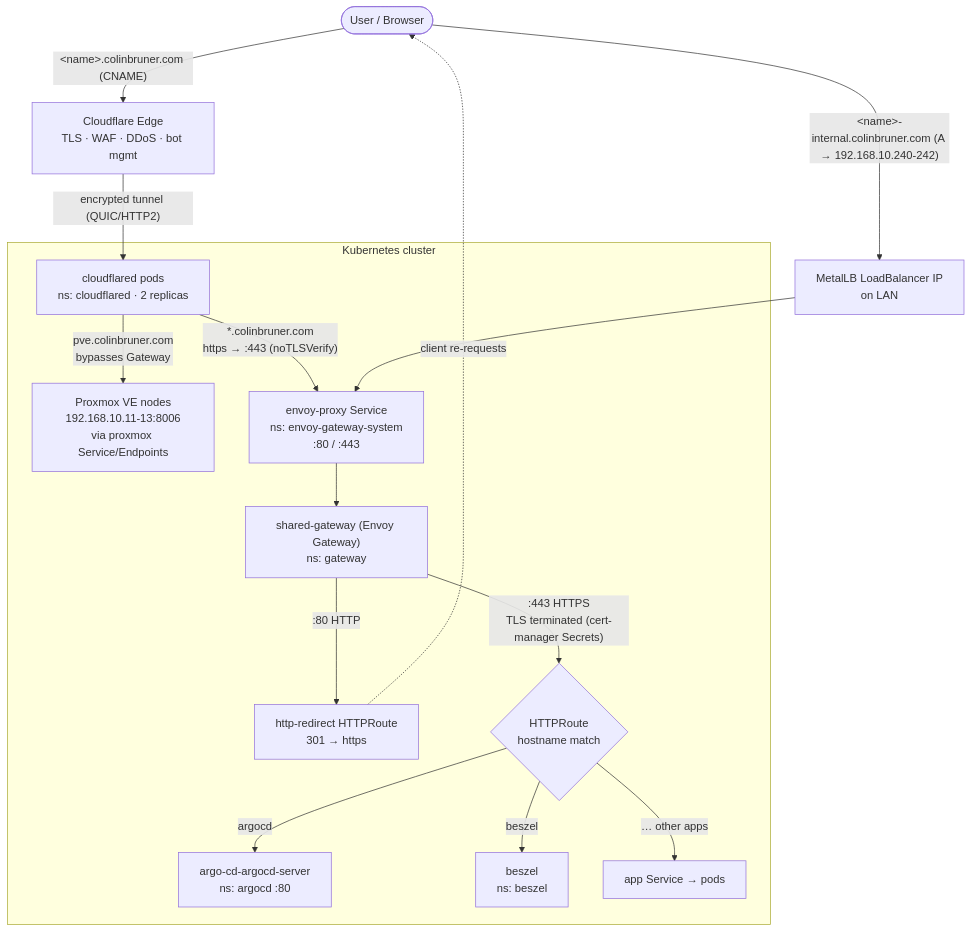
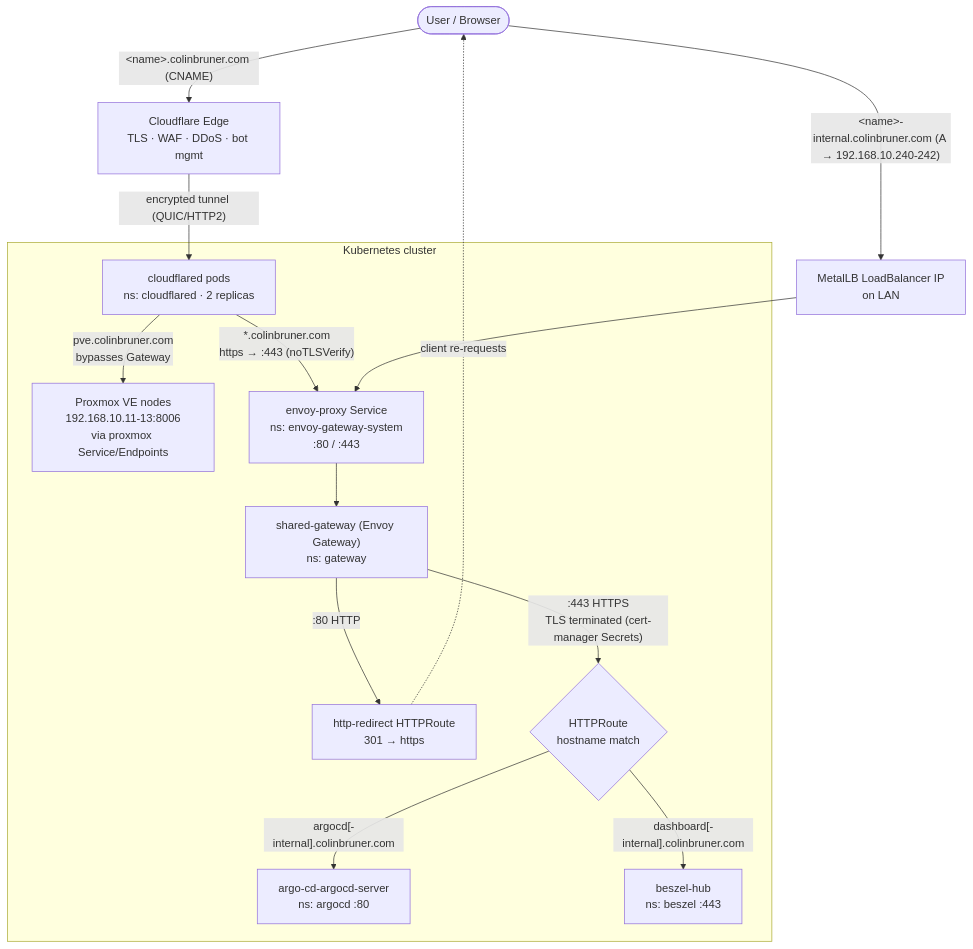
Before and after one commit to colinbruner/homelab-k8s: the diagram in docs/ingress-traffic-flow.md, drawn with Mermaid. The commit also changed other lines of this file and 11 other files, not shown here.

````diff
--- a/docs/ingress-traffic-flow.md
+++ b/docs/ingress-traffic-flow.md
@@ -21,41 +21,39 @@
 ```mermaid
 flowchart TD
     user([User / Browser])
 
     %% Public path
     user -->|"&lt;name&gt;.colinbruner.com (CNAME)"| cfedge["Cloudflare Edge\nTLS · WAF · DDoS · bot mgmt"]
     cfedge -->|"encrypted tunnel (QUIC/HTTP2)"| cfd["cloudflared pods\nns: cloudflared · 2 replicas"]
 
     %% Internal path
     user -->|"&lt;name&gt;-internal.colinbruner.com (A → 192.168.10.240-242)"| metallb["MetalLB LoadBalancer IP\non LAN"]
 
     %% cloudflared routing decisions (config.yaml ingress rules)
     cfd -->|"pve.colinbruner.com\nbypasses Gateway"| pve["Proxmox VE nodes\n192.168.10.11-13:8006\nvia proxmox Service/Endpoints"]
     cfd -->|"*.colinbruner.com\nhttps → :443 (noTLSVerify)"| envoysvc
 
     metallb --> envoysvc["envoy-proxy Service\nns: envoy-gateway-system\n:80 / :443"]
 
     %% Gateway
     envoysvc --> gw["shared-gateway (Envoy Gateway)\nns: gateway"]
 
     gw -->|":80 HTTP"| redirect["http-redirect HTTPRoute\n301 → https"]
     redirect -.->|"client re-requests"| user
 
     gw -->|":443 HTTPS\nTLS terminated (cert-manager Secrets)"| routes{"HTTPRoute\nhostname match"}
 
-    routes -->|argocd| argocd["argo-cd-argocd-server\nns: argocd :80"]
-    routes -->|beszel| beszel["beszel\nns: beszel"]
-    routes -->|"… other apps"| other["app Service → pods"]
+    routes -->|"argocd[-internal].colinbruner.com"| argocd["argo-cd-argocd-server\nns: argocd :80"]
+    routes -->|"dashboard[-internal].colinbruner.com"| beszel["beszel-hub\nns: beszel :443"]
 
     subgraph cluster["Kubernetes cluster"]
         cfd
         envoysvc
         gw
         redirect
         routes
         argocd
         beszel
-        other
         pve
     end
 ```
````
